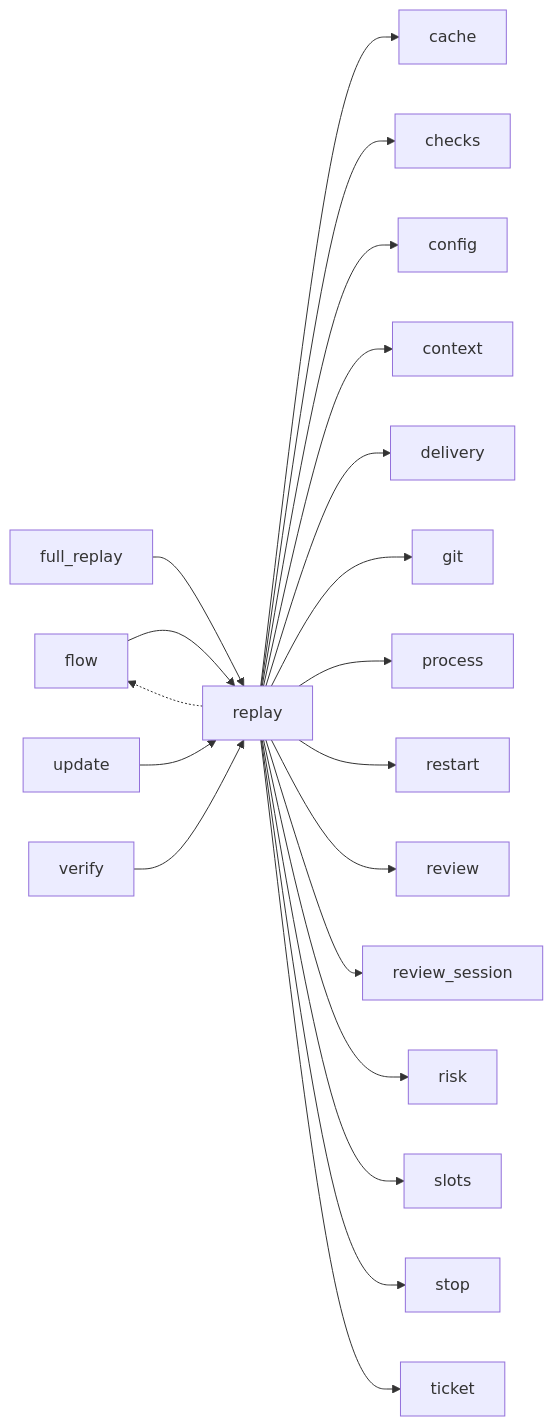
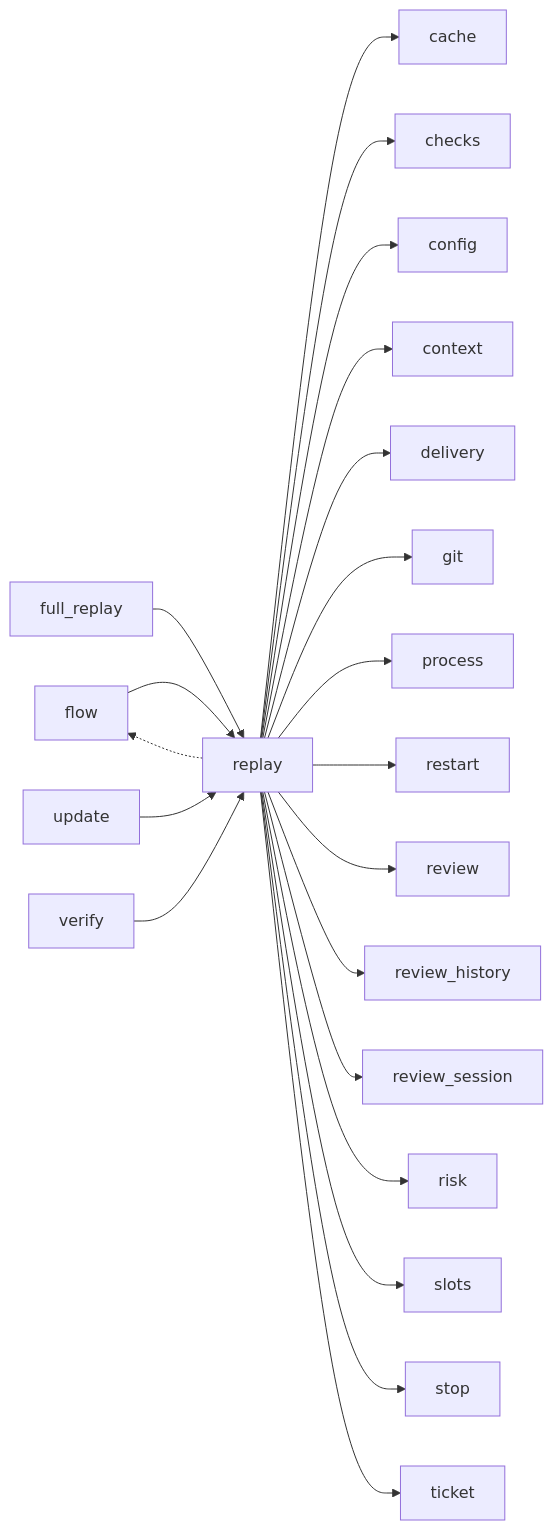
The third of 3 diagrams in docs/architecture/modules/replay.md (plaplanche/ariane), drawn with Mermaid before and after one commit. The commit also changed other lines of this file and 30 other files, not shown here.

````diff
--- a/docs/architecture/modules/replay.md
+++ b/docs/architecture/modules/replay.md
@@ -90,22 +90,23 @@
 ```mermaid
 flowchart LR
   flow --> replay
   full_replay --> replay
   replay --> cache
   replay --> checks
   replay --> config
   replay --> context
   replay --> delivery
   replay -.-> flow
   replay --> git
   replay --> process
   replay --> restart
   replay --> review
+  replay --> review_history
   replay --> review_session
   replay --> risk
   replay --> slots
   replay --> stop
   replay --> ticket
   update --> replay
   verify --> replay
 ```
````
